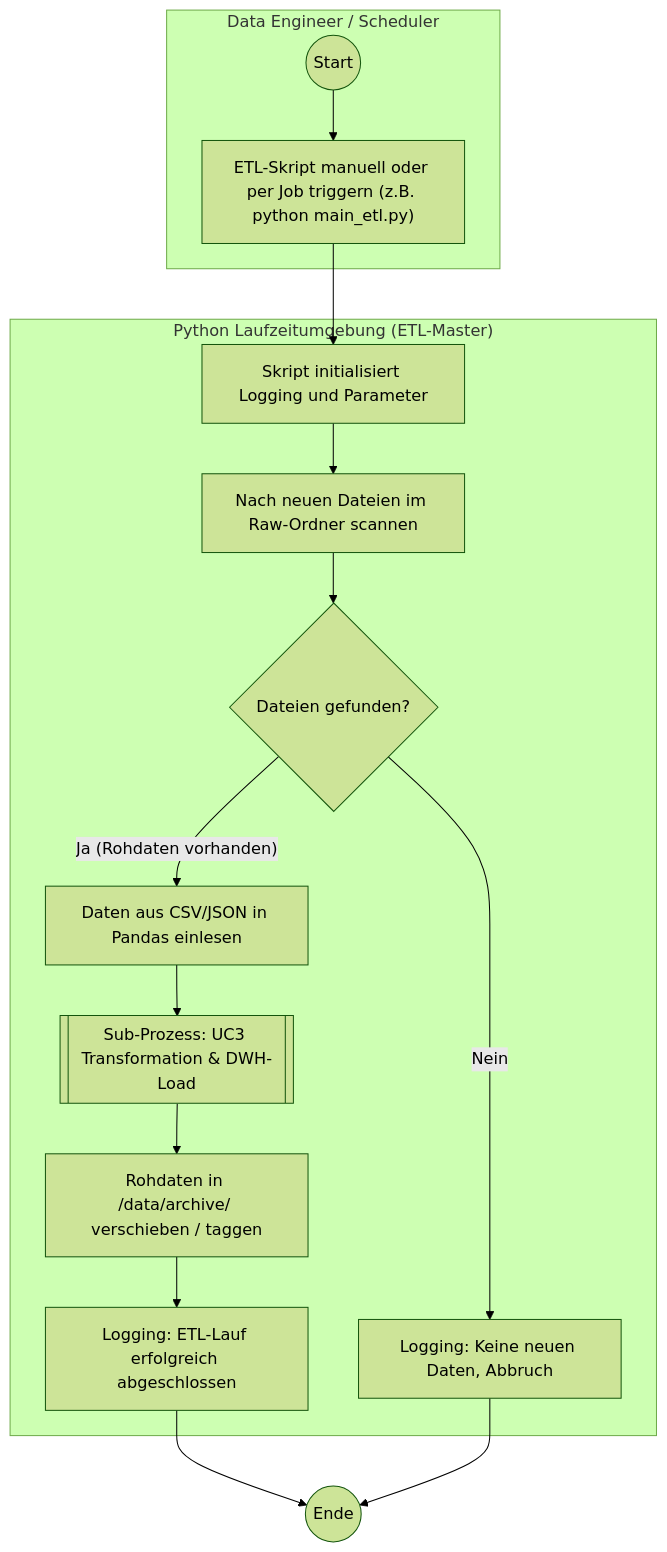
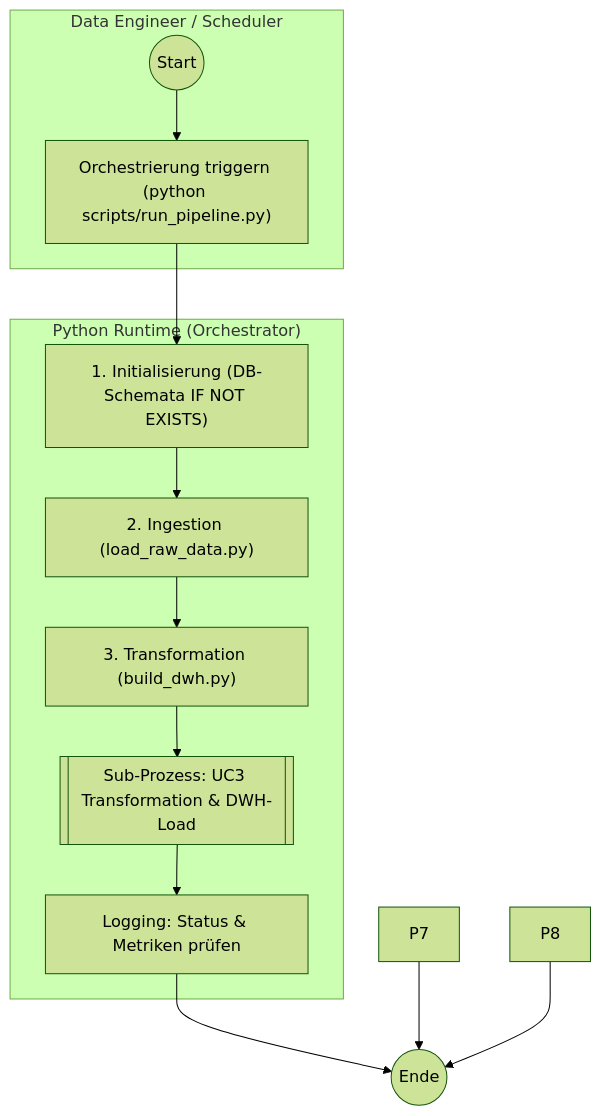
Before and after one commit to NilsBauch/blutdruck_data_engineer_training: the diagram in Architektur/Activity/activity_diagram_uc2.md, drawn with Mermaid (forest theme). The commit also changed 16 other files, not shown here.

````diff
--- a/Architektur/Activity/activity_diagram_uc2.md
+++ b/Architektur/Activity/activity_diagram_uc2.md
@@ -9,31 +9,26 @@
 ```mermaid
 flowchart TD
     %% Swimlanes definieren
     subgraph User ["Data Engineer / Scheduler"]
-        Start(("Start")) --> A1["ETL-Skript manuell oder per Job triggern (z.B. python main_etl.py)"]
+        Start(("Start")) --> A1["Orchestrierung triggern (python scripts/run_pipeline.py)"]
     end
 
-    subgraph Python ["Python Laufzeitumgebung (ETL-Master)"]
-        P1["Skript initialisiert Logging und Parameter"]
-        P2["Nach neuen Dateien im Raw-Ordner scannen"]
-        P3{"Dateien gefunden?"}
-        P4["Daten aus CSV/JSON in Pandas einlesen"]
-        P5[["Sub-Prozess: UC3 Transformation & DWH-Load"]]
-        P6["Rohdaten in /data/archive/ verschieben / taggen"]
-        P7["Logging: ETL-Lauf erfolgreich abgeschlossen"]
-        P8["Logging: Keine neuen Daten, Abbruch"]
+    subgraph Python ["Python Runtime (Orchestrator)"]
+        P1["1. Initialisierung (DB-Schemata IF NOT EXISTS)"]
+        P2["2. Ingestion (load_raw_data.py)"]
+        P3["3. Transformation (build_dwh.py)"]
+        P4[["Sub-Prozess: UC3 Transformation & DWH-Load"]]
+        P5["Logging: Status & Metriken prüfen"]
     end
 
     %% Verknüpfungen
     A1 --> P1
     P1 --> P2
     P2 --> P3
-    P3 -- Ja (Rohdaten vorhanden) --> P4
+    P3 --> P4
     P4 --> P5
-    P5 --> P6
-    P6 --> P7
-    P3 -- Nein --> P8
+    P5 --> End(("Ende"))
     
     P7 --> End(("Ende"))
     P8 --> End
 ```
````
